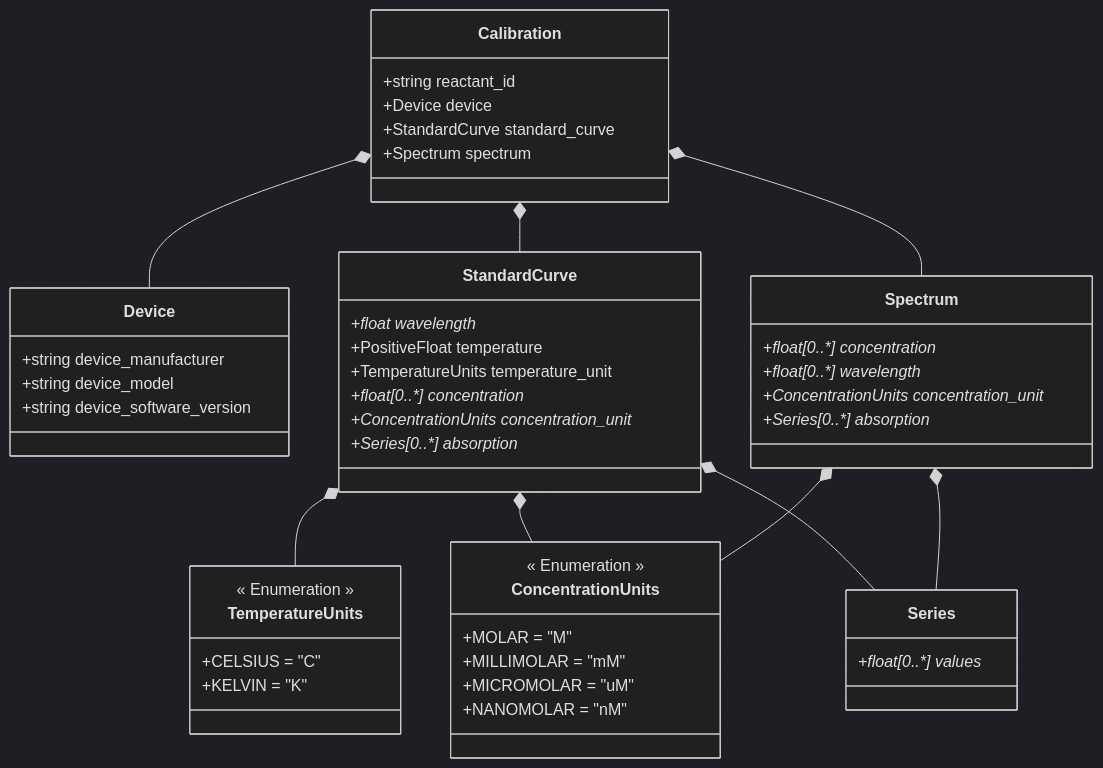
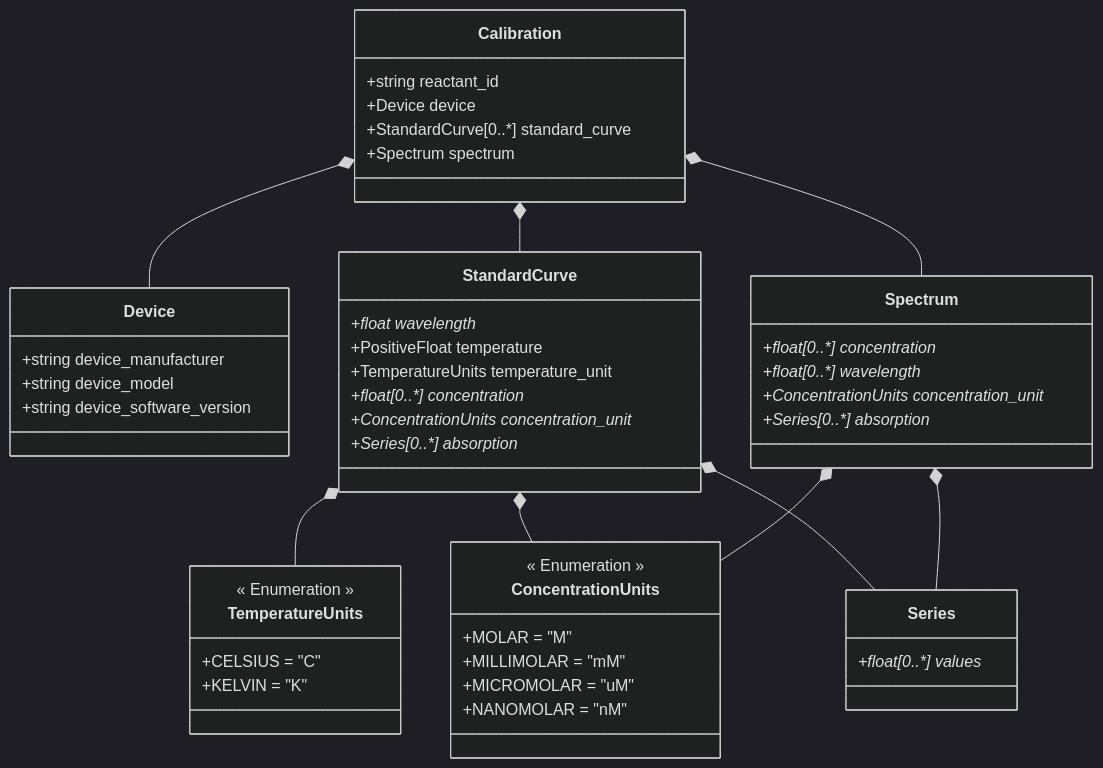
Before and after one commit to FAIRChemistry/datamodel_calibration: the diagram in datamodel_calibration/schemes/CalibrationDatamodel.md, drawn with Mermaid (dark theme). The commit also changed 2 other files, not shown here.

Commit message:
API update

````diff
--- a/datamodel_calibration/schemes/CalibrationDatamodel.md
+++ b/datamodel_calibration/schemes/CalibrationDatamodel.md
@@ -1,59 +1,59 @@
 ```mermaid
 classDiagram
     Calibration *-- Device
     Calibration *-- StandardCurve
     Calibration *-- Spectrum
     StandardCurve *-- TemperatureUnits
     StandardCurve *-- ConcentrationUnits
     StandardCurve *-- Series
     Spectrum *-- ConcentrationUnits
     Spectrum *-- Series
     
     class Calibration {
         +string reactant_id
         +Device device
-        +StandardCurve standard_curve
+        +StandardCurve[0..*] standard_curve
         +Spectrum spectrum
     }
     
     class Device {
         +string device_manufacturer
         +string device_model
         +string device_software_version
     }
     
     class StandardCurve {
         +float wavelength*
         +PositiveFloat temperature
         +TemperatureUnits temperature_unit
         +float[0..*] concentration*
         +ConcentrationUnits concentration_unit*
         +Series[0..*] absorption*
     }
     
     class Spectrum {
         +float[0..*] concentration*
         +float[0..*] wavelength*
         +ConcentrationUnits concentration_unit*
         +Series[0..*] absorption*
     }
     
     class Series {
         +float[0..*] values*
     }
     
     class TemperatureUnits {
         << Enumeration >>
         +CELSIUS = "C"
         +KELVIN = "K"
     }
     
     class ConcentrationUnits {
         << Enumeration >>
         +MOLAR = "M"
         +MILLIMOLAR = "mM"
         +MICROMOLAR = "uM"
         +NANOMOLAR = "nM"
     }
     
 ```
````
